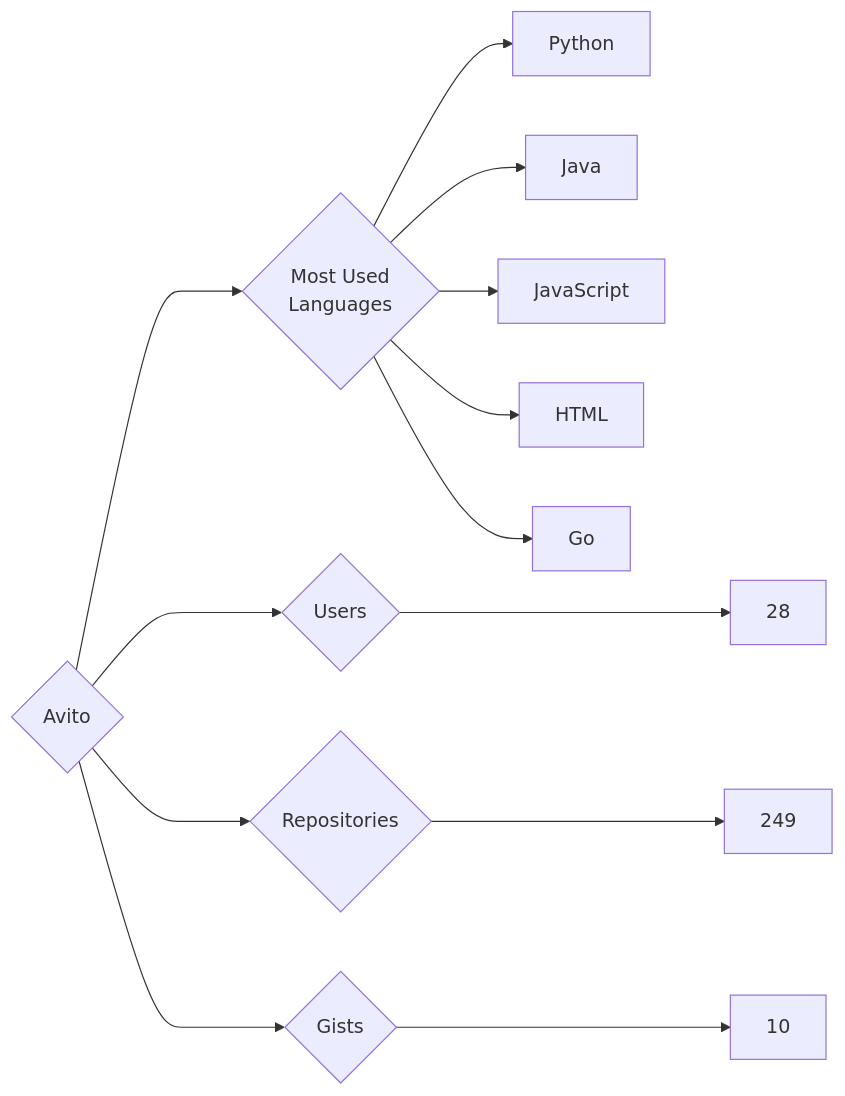
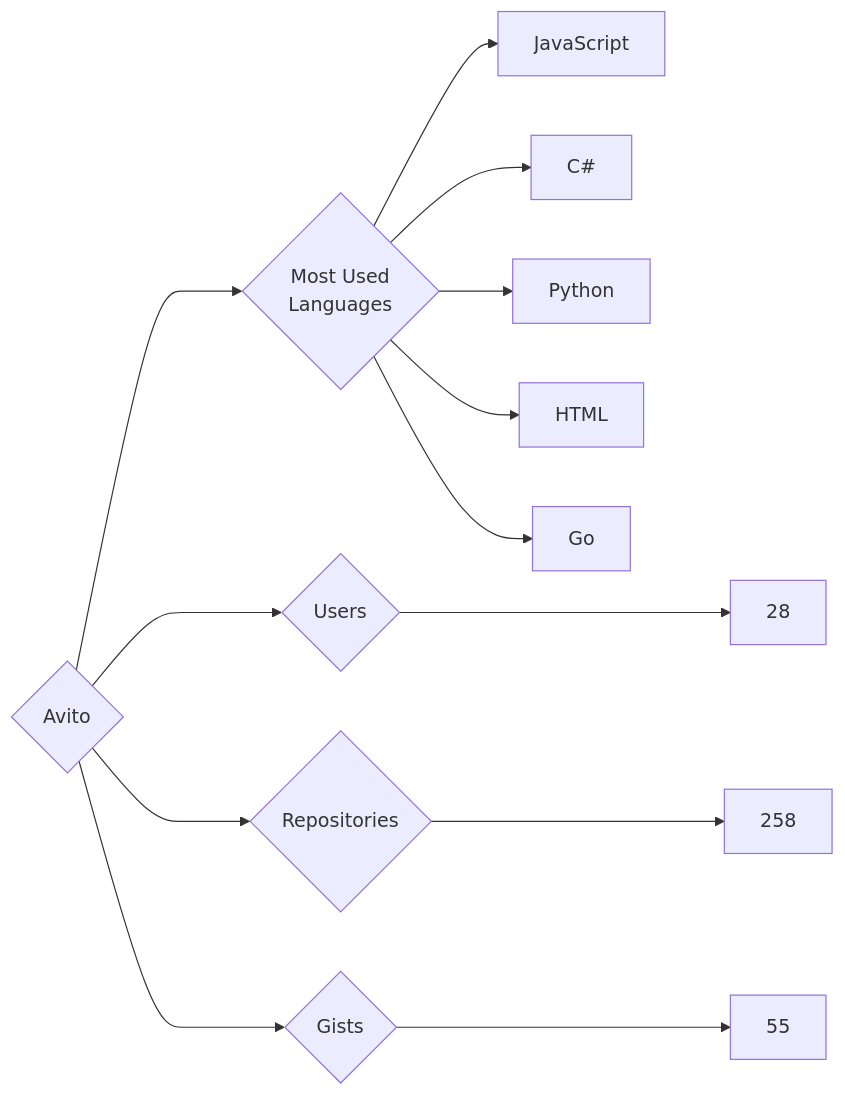
Before and after one commit to trickest/insiders: the diagram in targets/Avito/README.md, drawn with Mermaid. The commit also changed 748 other files, not shown here.

````diff
--- a/targets/Avito/README.md
+++ b/targets/Avito/README.md
@@ -3,13 +3,13 @@
 ```mermaid
 graph LR
 COMPANY_NAME{Avito}
 COMPANY_NAME ---> U{Users} ---> UN[28]
-COMPANY_NAME ---> R{Repositories} ---> RN[249]
-COMPANY_NAME ---> G{Gists} ---> GN[10]
+COMPANY_NAME ---> R{Repositories} ---> RN[258]
+COMPANY_NAME ---> G{Gists} ---> GN[55]
 COMPANY_NAME ---> ML{Most Used<br>Languages}
+ML --> JavaScript[JavaScript]
+ML --> C#[C#]
 ML --> Python[Python]
-ML --> Java[Java]
-ML --> JavaScript[JavaScript]
 ML --> HTML[HTML]
 ML --> Go[Go]
 ```
````
